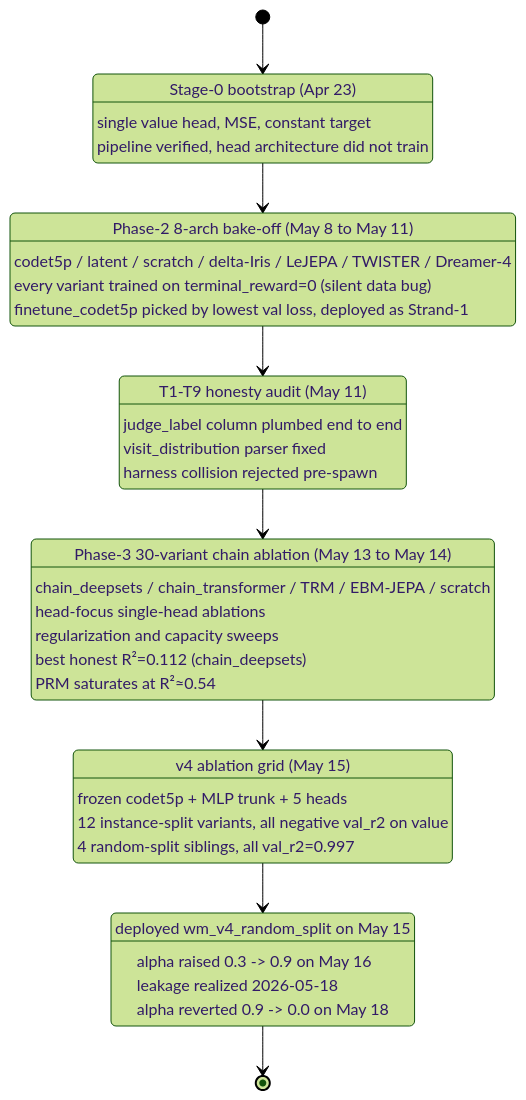
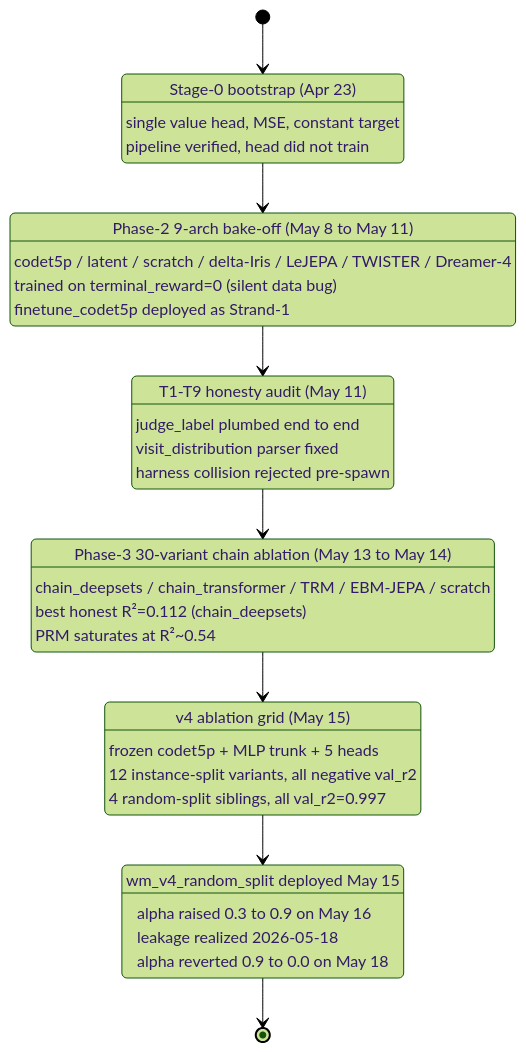
Before and after one commit to samrathchadha/perseusresearch: the diagram in src/content/essays/wm-training-sweep.mdx, drawn with Mermaid (forest theme). The commit also changed other lines of this file and 27 other files, not shown here.

````diff
--- a/src/content/essays/wm-training-sweep.mdx
+++ b/src/content/essays/wm-training-sweep.mdx
@@ -107,41 +87,39 @@
 ```mermaid
 stateDiagram-v2
     [*] --> Stage0
     Stage0: Stage-0 bootstrap (Apr 23)
     Stage0: single value head, MSE, constant target
-    Stage0: pipeline verified, head architecture did not train
+    Stage0: pipeline verified, head did not train
 
     Stage0 --> Phase2
-    Phase2: Phase-2 8-arch bake-off (May 8 to May 11)
+    Phase2: Phase-2 9-arch bake-off (May 8 to May 11)
     Phase2: codet5p / latent / scratch / delta-Iris / LeJEPA / TWISTER / Dreamer-4
-    Phase2: every variant trained on terminal_reward=0 (silent data bug)
-    Phase2: finetune_codet5p picked by lowest val loss, deployed as Strand-1
+    Phase2: trained on terminal_reward=0 (silent data bug)
+    Phase2: finetune_codet5p deployed as Strand-1
 
     Phase2 --> Audit
     Audit: T1-T9 honesty audit (May 11)
-    Audit: judge_label column plumbed end to end
+    Audit: judge_label plumbed end to end
     Audit: visit_distribution parser fixed
     Audit: harness collision rejected pre-spawn
 
     Audit --> Phase3
     Phase3: Phase-3 30-variant chain ablation (May 13 to May 14)
     Phase3: chain_deepsets / chain_transformer / TRM / EBM-JEPA / scratch
-    Phase3: head-focus single-head ablations
-    Phase3: regularization and capacity sweeps
     Phase3: best honest R²=0.112 (chain_deepsets)
-    Phase3: PRM saturates at R²≈0.54
+    Phase3: PRM saturates at R²~0.54
 
     Phase3 --> V4
     V4: v4 ablation grid (May 15)
     V4: frozen codet5p + MLP trunk + 5 heads
-    V4: 12 instance-split variants, all negative val_r2 on value
+    V4: 12 instance-split variants, all negative val_r2
     V4: 4 random-split siblings, all val_r2=0.997
 
     V4 --> Deploy
-    Deploy: deployed wm_v4_random_split on May 15
-    Deploy: alpha raised 0.3 -> 0.9 on May 16
+    Deploy: wm_v4_random_split deployed May 15
+    Deploy: alpha raised 0.3 to 0.9 on May 16
     Deploy: leakage realized 2026-05-18
-    Deploy: alpha reverted 0.9 -> 0.0 on May 18
+    Deploy: alpha reverted 0.9 to 0.0 on May 18
 
     Deploy --> [*]
 ```
````
